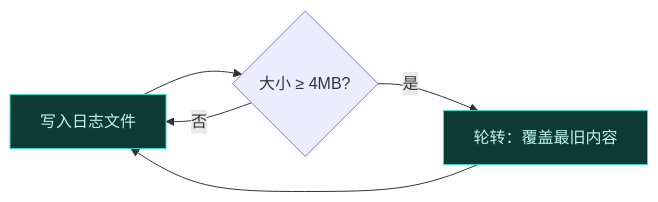
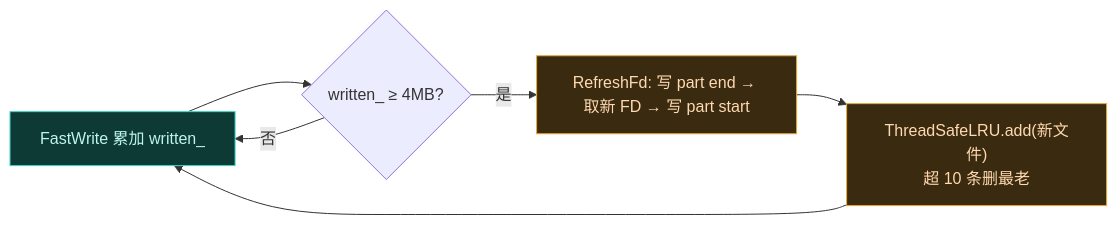
One commit to android-security-engineer/Vector-skills changed the second of 6 diagrams in website/docs/architecture/logging.md. Above: the diagram before and after it, drawn with Mermaid. The commit also changed other lines of this file and 176 other files, not shown here.

````diff
--- a/website/docs/architecture/logging.md
+++ b/website/docs/architecture/logging.md
@@ -55,9 +87,10 @@
 ```mermaid
 graph LR
-    W["写入日志文件"]:::core --> C{大小 ≥ 4MB?}
+    W["FastWrite 累加 written_"]:::core --> C{"written_ ≥ 4MB?"}
     C -->|否| W
-    C -->|是| R["轮转：覆盖最旧内容"]:::step
-    R --> W
+    C -->|是| R["RefreshFd: 写 part end → 取新 FD → 写 part start"]:::step
+    R --> LRU["ThreadSafeLRU.add(新文件)<br/>超 10 条删最老"]:::step
+    LRU --> W
     classDef core fill:#0e3a36,stroke:#3dd8c8,color:#bff5ec
-    classDef step fill:#0e3a36,stroke:#3dd8c8,color:#bff5ec
+    classDef step fill:#3a2a10,stroke:#e8a838,color:#ffd9b0
 ```
````
